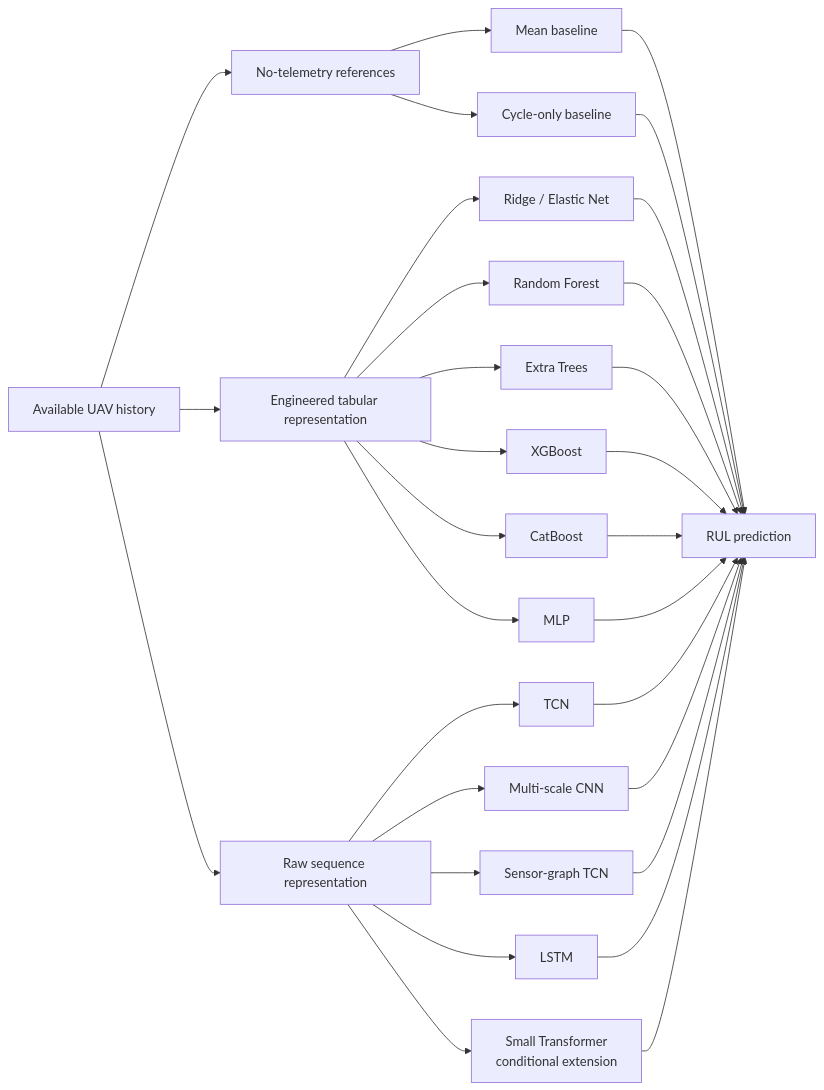
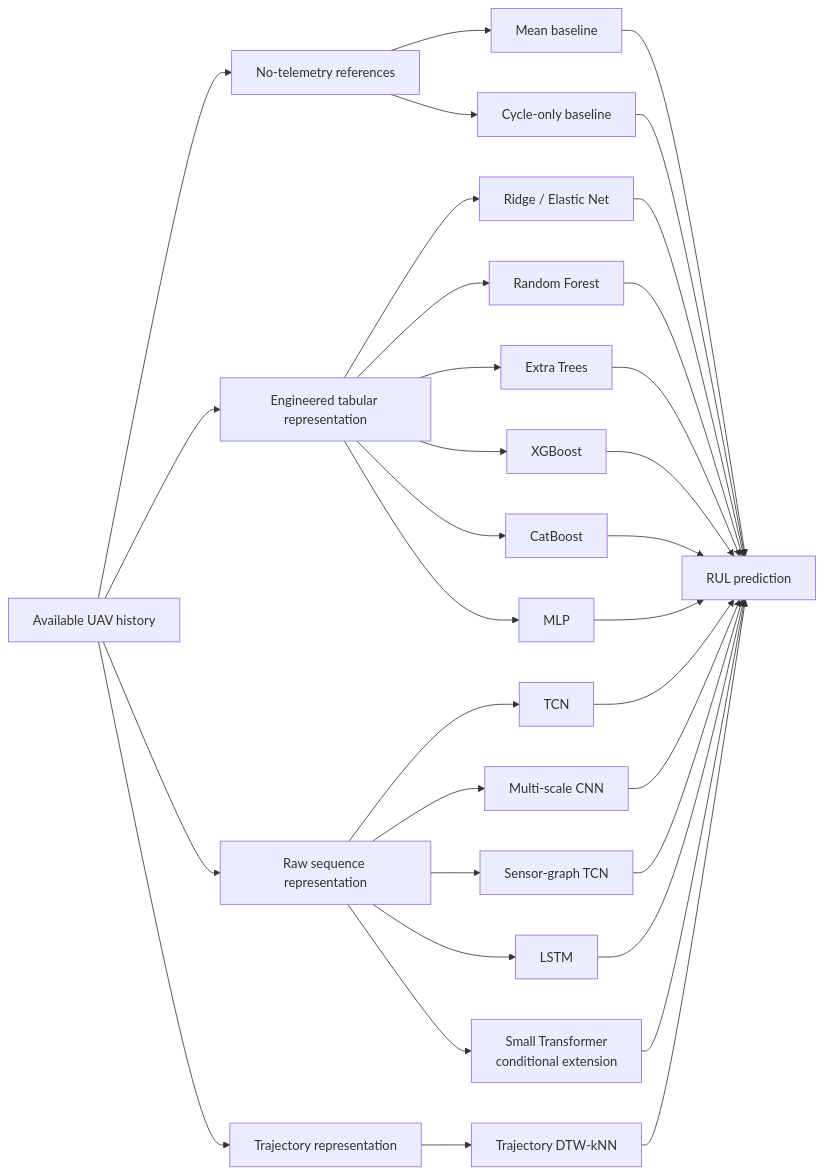
Before and after one commit to JoestHomann/UAV-RUL-Estimation: the second of 4 diagrams in literature_and_planning/development_documentation/phase_2_modelArchitectureStudy.md, drawn with Mermaid. The commit also changed other lines of this file and 28 other files, not shown here.

First line of the commit message:
Add trajectory DTW-kNN model adapter and integrate into architecture

````diff
--- a/literature_and_planning/development_documentation/phase_2_modelArchitectureStudy.md
+++ b/literature_and_planning/development_documentation/phase_2_modelArchitectureStudy.md
@@ -336,36 +338,40 @@
 ```mermaid
 flowchart LR
     H["Available UAV history"] --> B["No-telemetry references"]
     H --> T["Engineered tabular representation"]
     H --> S["Raw sequence representation"]
+    H --> R["Trajectory representation"]
 
     B --> B1["Mean baseline"]
     B --> B2["Cycle-only baseline"]
 
     T --> T1["Ridge / Elastic Net"]
     T --> T2["Random Forest"]
     T --> T3["Extra Trees"]
     T --> T4["XGBoost"]
     T --> T5["CatBoost"]
     T --> T6["MLP"]
 
     S --> S1["TCN"]
     S --> S2["Multi-scale CNN"]
     S --> S3["Sensor-graph TCN"]
     S --> S4["LSTM"]
     S --> S5["Small Transformer<br/>conditional extension"]
 
+    R --> R1["Trajectory DTW-kNN"]
+
     B1 --> Y["RUL prediction"]
     B2 --> Y
     T1 --> Y
     T2 --> Y
     T3 --> Y
     T4 --> Y
     T5 --> Y
     T6 --> Y
     S1 --> Y
     S2 --> Y
     S3 --> Y
     S4 --> Y
     S5 --> Y
+    R1 --> Y
 ```
````
